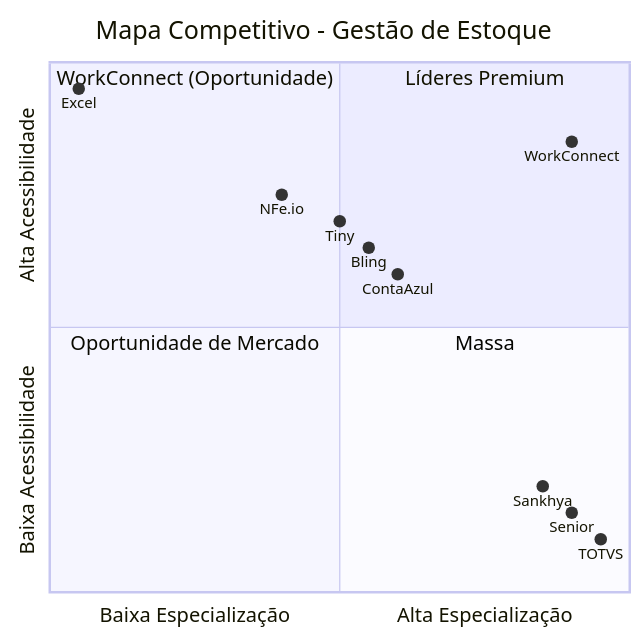
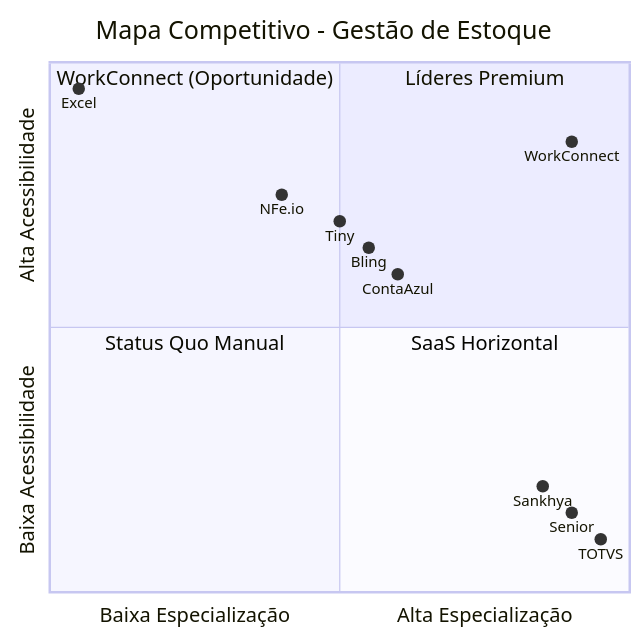
One commit to matheusmendes720/workconnect-tcc changed the second of 6 diagrams in documentation/docs/estrategia/analise-concorrencial.mdx. Above: the diagram before and after it, drawn with Mermaid. The commit also changed other lines of this file and 16 other files, not shown here.

````diff
--- a/documentation/docs/estrategia/analise-concorrencial.mdx
+++ b/documentation/docs/estrategia/analise-concorrencial.mdx
@@ -19,21 +57,21 @@
 ```mermaid
 quadrantChart
     title Mapa Competitivo - Gestão de Estoque
     x-axis Baixa Especialização --> Alta Especialização
     y-axis Baixa Acessibilidade --> Alta Acessibilidade
-    
+
     quadrant-1 "Líderes Premium"
     quadrant-2 "WorkConnect (Oportunidade)"
-    quadrant-3 "Oportunidade de Mercado"
-    quadrant-4 "Massa"
-    
-    "TOTVS": [0.95, 0.1]
-    "Senior": [0.9, 0.15]
-    "Sankhya": [0.85, 0.2]
-    "ContaAzul": [0.6, 0.6]
+    quadrant-3 "Status Quo Manual"
+    quadrant-4 "SaaS Horizontal"
+
+    "TOTVS": [0.95, 0.10]
+    "Senior": [0.90, 0.15]
+    "Sankhya": [0.85, 0.20]
+    "ContaAzul": [0.60, 0.60]
     "Bling": [0.55, 0.65]
-    "Tiny": [0.5, 0.7]
-    "NFe.io": [0.4, 0.75]
+    "Tiny": [0.50, 0.70]
+    "NFe.io": [0.40, 0.75]
     "Excel": [0.05, 0.95]
-    "WorkConnect": [0.9, 0.85]
+    "WorkConnect": [0.90, 0.85]
 ```
````
